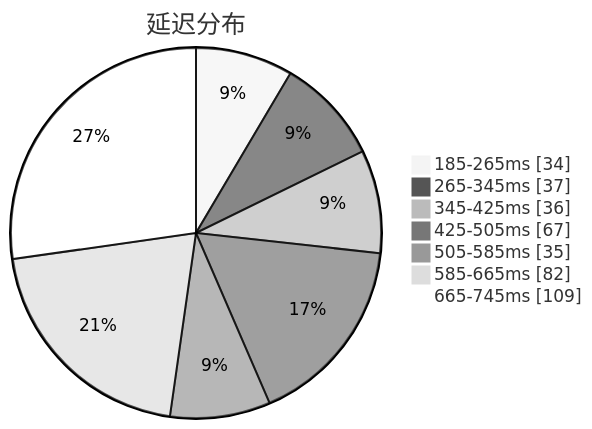
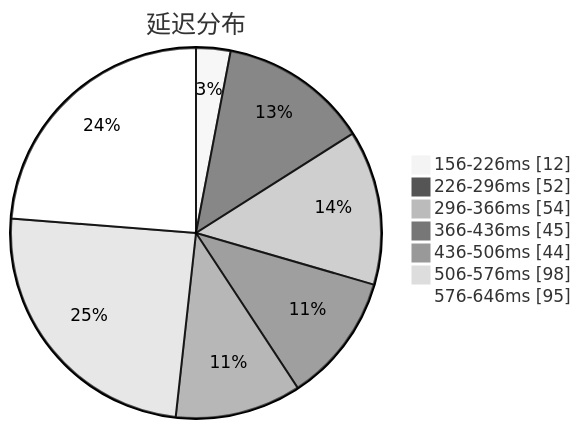
Before and after one commit to qjlxg/airport: the first of 3 diagrams in subs/statistics/tested_within.md, drawn with Mermaid (neutral theme). The commit also changed other lines of this file and 2 other files, not shown here.

Commit message:
Tested by metaST

````diff
--- a/subs/statistics/tested_within.md
+++ b/subs/statistics/tested_within.md
@@ -2,11 +2,11 @@
 ```mermaid
 pie showData
 title 延迟分布
-"185-265ms" : 34
-"265-345ms" : 37
-"345-425ms" : 36
-"425-505ms" : 67
-"505-585ms" : 35
-"585-665ms" : 82
-"665-745ms" : 109
+"156-226ms" : 12
+"226-296ms" : 52
+"296-366ms" : 54
+"366-436ms" : 45
+"436-506ms" : 44
+"506-576ms" : 98
+"576-646ms" : 95
 ```
````
